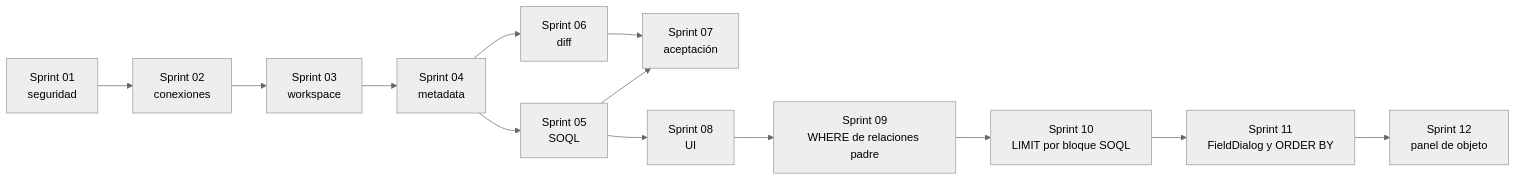
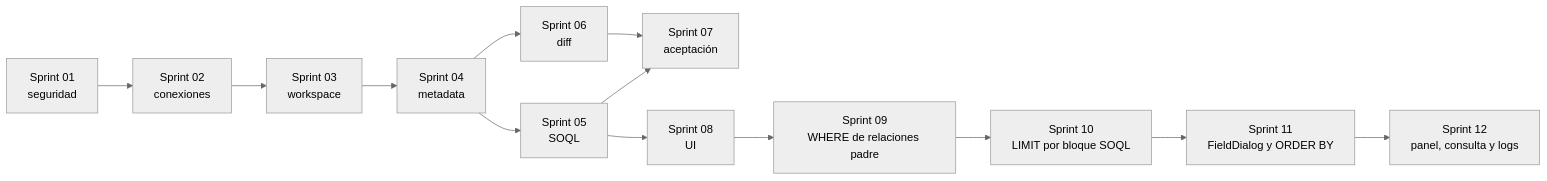
The diagram in doc/PLAN_DE_SPRINTS.md (eBarrero/sfstudio), drawn with Mermaid (neutral theme) before and after one commit. The commit also changed other lines of this file and 1 other file, not shown here.

Commit message:
docs: cerrar sprint 12

````diff
--- a/doc/PLAN_DE_SPRINTS.md
+++ b/doc/PLAN_DE_SPRINTS.md
@@ -39,15 +39,15 @@
 ```mermaid
 flowchart LR
     S1[Sprint 01<br/>seguridad] --> S2[Sprint 02<br/>conexiones]
     S2 --> S3[Sprint 03<br/>workspace]
     S3 --> S4[Sprint 04<br/>metadata]
     S4 --> S5[Sprint 05<br/>SOQL]
     S4 --> S6[Sprint 06<br/>diff]
     S5 --> S7[Sprint 07<br/>aceptación]
     S6 --> S7
     S5 --> S8[Sprint 08<br/>UI]
     S8 --> S9[Sprint 09<br/>WHERE de relaciones padre]
     S9 --> S10[Sprint 10<br/>LIMIT por bloque SOQL]
     S10 --> S11[Sprint 11<br/>FieldDialog y ORDER BY]
-    S11 --> S12[Sprint 12<br/>panel de objeto]
+    S11 --> S12[Sprint 12<br/>panel, consulta y logs]
 ```
````
